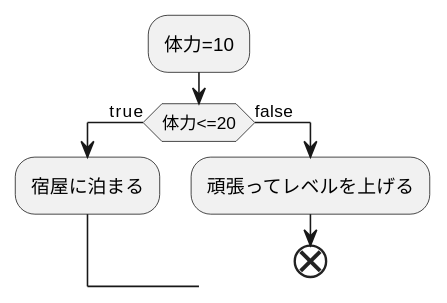
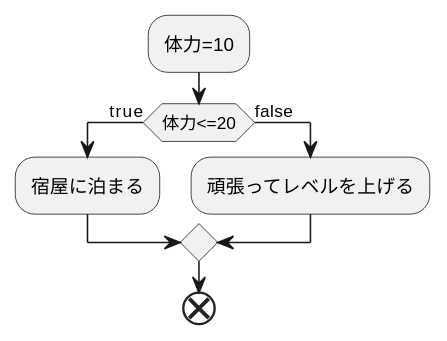
Before and after one commit to Aso2001388/2021sys-design: the diagram in zyugyou04/kadai01.md, drawn with PlantUML.

````diff
--- a/zyugyou04/kadai01.md
+++ b/zyugyou04/kadai01.md
@@ -1,11 +1,12 @@
 ```uml
 @startuml
 :体力=10;
 if(体力<=20) then(true)
 :宿屋に泊まる;
 else(false)
 :頑張ってレベルを上げる;
+endif
 end
 
 @enduml
 ```
````
